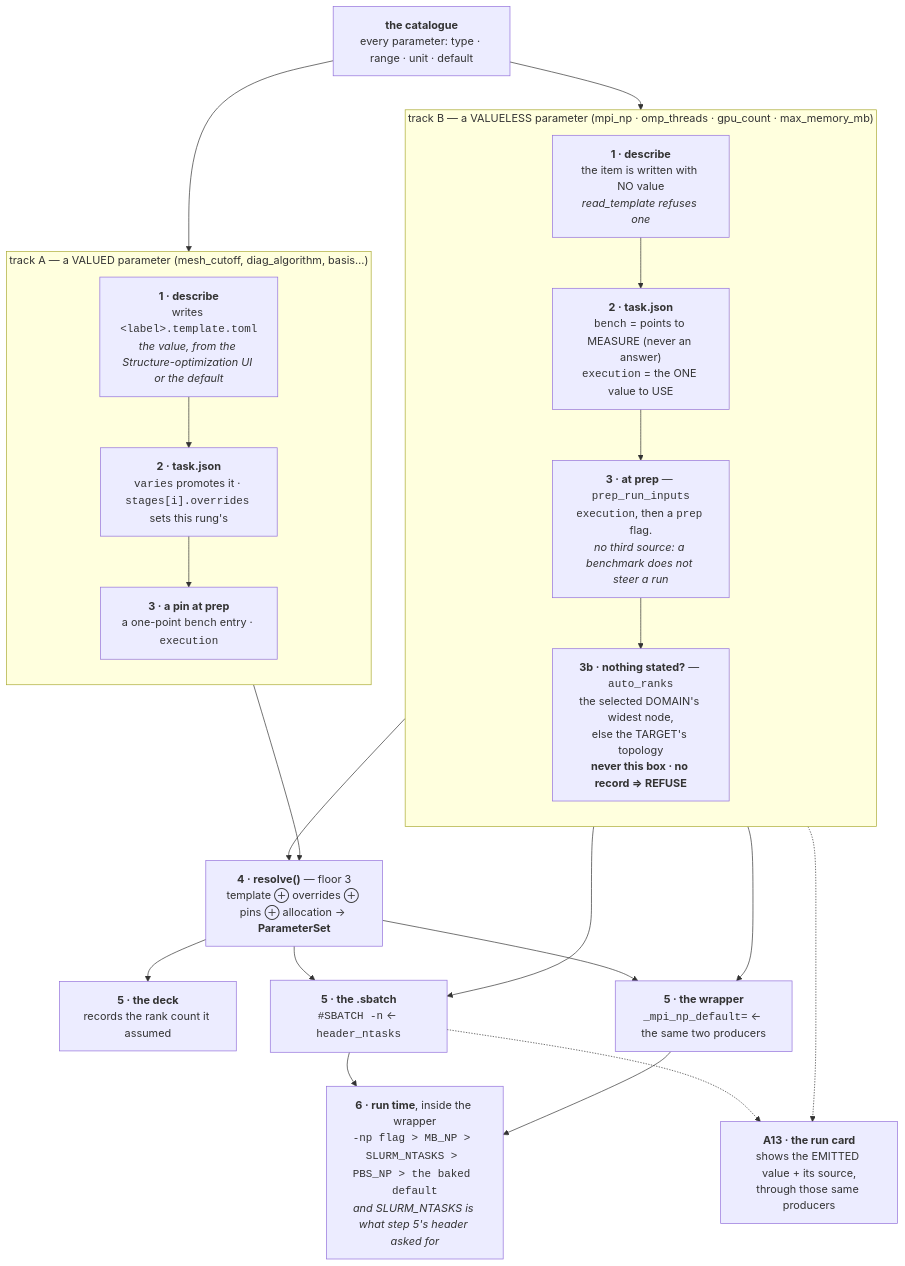
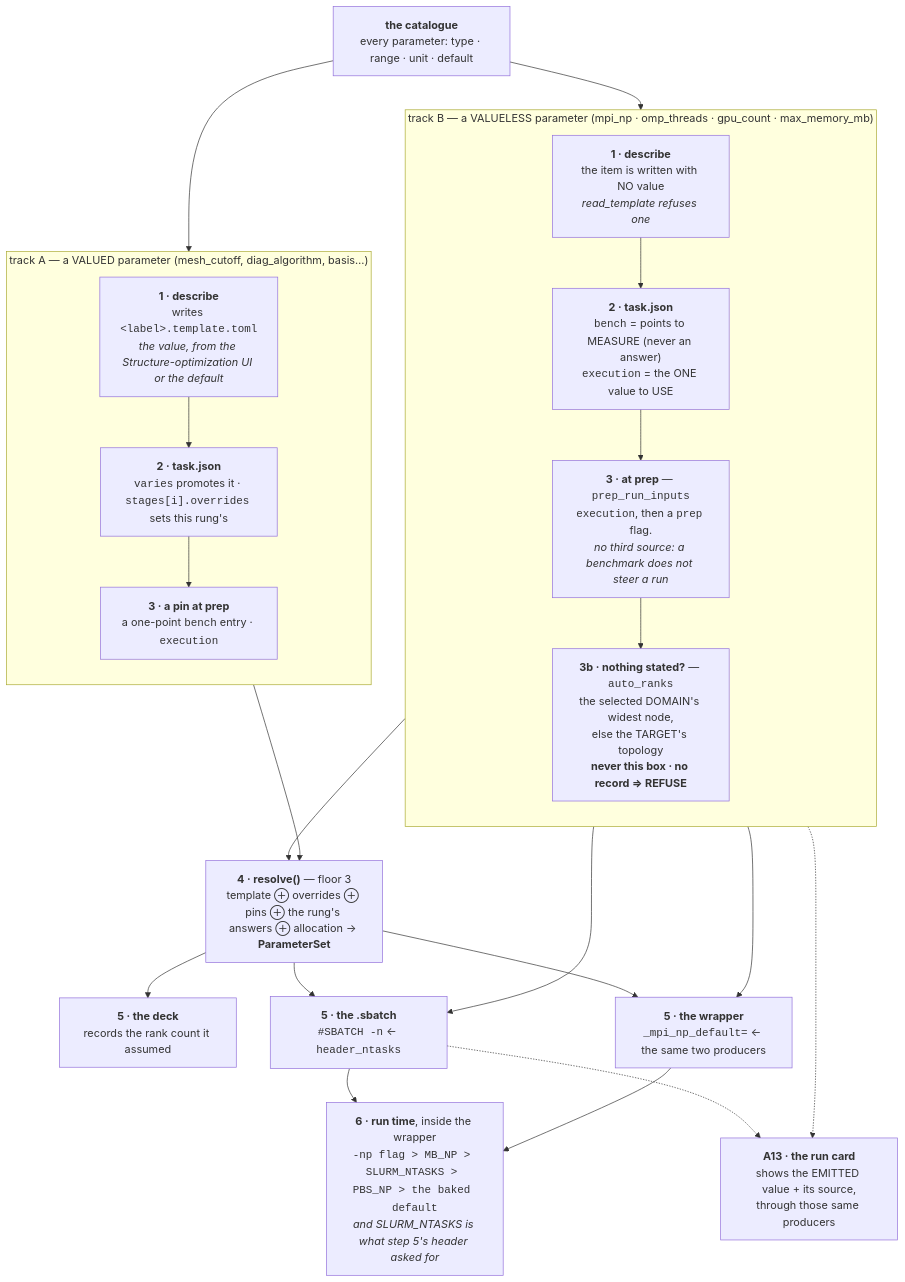
One commit to Qing-LAB/molbuilder changed the sixth of 11 diagrams in docs/execution/architecture.md. Above: the diagram before and after it, drawn with Mermaid. The commit also changed other lines of this file and 30 other files, not shown here.

````diff
--- a/docs/execution/architecture.md
+++ b/docs/execution/architecture.md
@@ -576,42 +576,42 @@
 ```mermaid
 flowchart TB
     CAT["<b>the catalogue</b><br/>every parameter: type · range · unit · default"]
 
     subgraph VAL["track A — a VALUED parameter (mesh_cutoff, diag_algorithm, basis…)"]
         direction TB
         A1["<b>1 · describe</b><br/>writes <code>&lt;label&gt;.template.toml</code><br/><i>the value, from the Structure-optimization UI or the default</i>"]
         A2["<b>2 · task.json</b><br/><code>varies</code> promotes it · <code>stages[i].overrides</code> sets this rung's"]
         A3["<b>3 · a pin at prep</b><br/>a one-point <code>bench</code> entry · <code>execution</code>"]
         A1 --> A2 --> A3
     end
 
     subgraph MACH["track B — a VALUELESS parameter (mpi_np · omp_threads · gpu_count · max_memory_mb)"]
         direction TB
         B1["<b>1 · describe</b><br/>the item is written with NO value<br/><i>read_template refuses one</i>"]
         B2["<b>2 · task.json</b><br/><code>bench</code> = points to MEASURE (never an answer)<br/><code>execution</code> = the ONE value to USE"]
         B3["<b>3 · at prep</b> — <code>prep_run_inputs</code><br/><code>execution</code>, then a <code>prep</code> flag.<br/><i>no third source: a benchmark does not steer a run</i>"]
         B4["<b>3b · nothing stated?</b> — <code>auto_ranks</code><br/>the selected DOMAIN's widest node,<br/>else the TARGET's topology<br/><b>never this box · no record ⇒ REFUSE</b>"]
         B1 --> B2 --> B3 --> B4
     end
 
-    RES["<b>4 · resolve()</b> — floor 3<br/>template ⊕ overrides ⊕ pins ⊕ allocation → <b>ParameterSet</b>"]
+    RES["<b>4 · resolve()</b> — floor 3<br/>template ⊕ overrides ⊕ pins ⊕ the rung's answers ⊕ allocation → <b>ParameterSet</b>"]
     DECK["<b>5 · the deck</b><br/>records the rank count it assumed"]
     SB["<b>5 · the .sbatch</b><br/><code>#SBATCH -n</code> ← <code>header_ntasks</code>"]
     WRAP["<b>5 · the wrapper</b><br/><code>_mpi_np_default=</code> ← the same two producers"]
     RUN["<b>6 · run time</b>, inside the wrapper<br/><code>-np flag &gt; MB_NP &gt; SLURM_NTASKS &gt; PBS_NP &gt; the baked default</code><br/><i>and SLURM_NTASKS is what step 5's header asked for</i>"]
     CARD["<b>A13 · the run card</b><br/>shows the EMITTED value + its source,<br/>through those same producers"]
 
     CAT --> A1
     CAT --> B1
     A3 --> RES
     B3 --> RES
     B4 --> SB
     B4 --> WRAP
     RES --> DECK
     RES --> SB
     RES --> WRAP
     SB --> RUN
     WRAP --> RUN
     B4 -.-> CARD
     SB -.-> CARD
 ```
````
